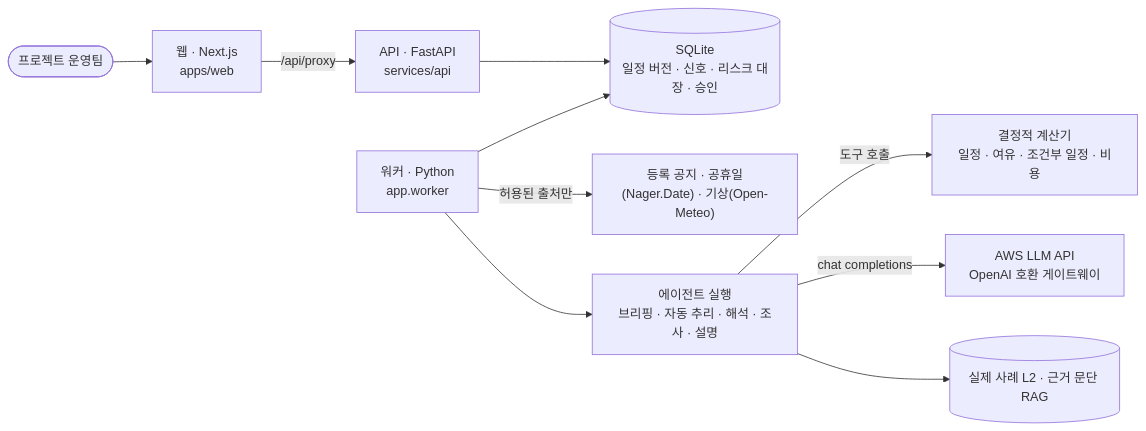
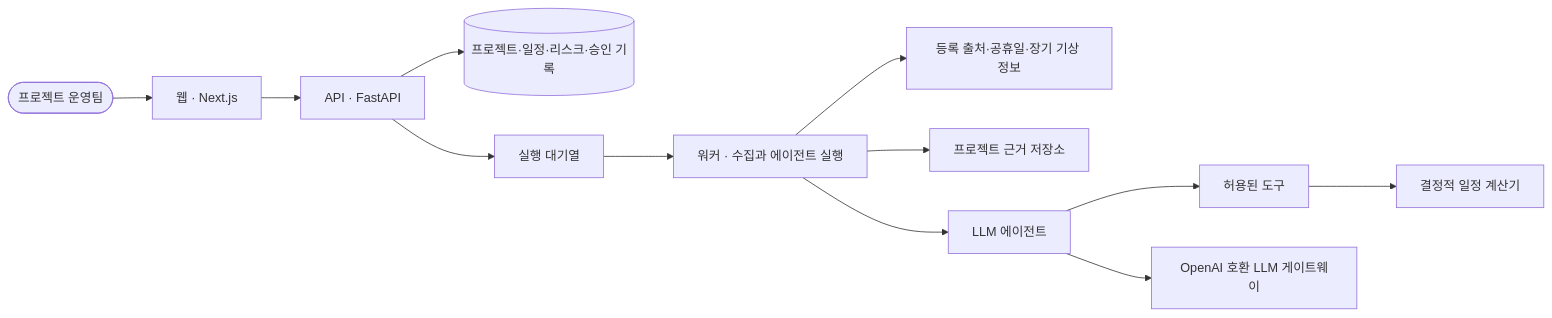
Before and after one commit to angellashin/ai-innovators-challenge: the diagram in README.md, drawn with Mermaid. The commit also changed other lines of this file and 3 other files, not shown here.

````diff
--- a/README.md
+++ b/README.md
@@ -64,12 +61,14 @@
 ```mermaid
 flowchart LR
-  User([프로젝트 운영팀]) --> Web["웹 · Next.js<br/>apps/web"]
-  Web -->|/api/proxy| API["API · FastAPI<br/>services/api"]
-  API --> DB[("SQLite<br/>일정 버전 · 신호 · 리스크 대장 · 승인")]
-  Worker["워커 · Python<br/>app.worker"] --> DB
-  Worker -->|허용된 출처만| Sources["등록 공지 · 공휴일(Nager.Date) · 기상(Open-Meteo)"]
-  Worker --> Agents["에이전트 실행<br/>브리핑 · 자동 추리 · 해석 · 조사 · 설명"]
-  Agents -->|도구 호출| Calc["결정적 계산기<br/>일정 · 여유 · 조건부 일정 · 비용"]
-  Agents -->|chat completions| LLM["AWS LLM API<br/>OpenAI 호환 게이트웨이"]
-  Agents --> L2[("실제 사례 L2 · 근거 문단 RAG")]
+  User([프로젝트 운영팀]) --> Web[웹 · Next.js]
+  Web --> API[API · FastAPI]
+  API --> DB[(프로젝트·일정·리스크·승인 기록)]
+  API --> Queue[실행 대기열]
+  Queue --> Worker[워커 · 수집과 에이전트 실행]
+  Worker --> Sources[등록 출처·공휴일·장기 기상 정보]
+  Worker --> RAG[프로젝트 근거 저장소]
+  Worker --> Agent[LLM 에이전트]
+  Agent --> Tools[허용된 도구]
+  Tools --> Calc[결정적 일정 계산기]
+  Agent --> Gateway[OpenAI 호환 LLM 게이트웨이]
 ```
````
